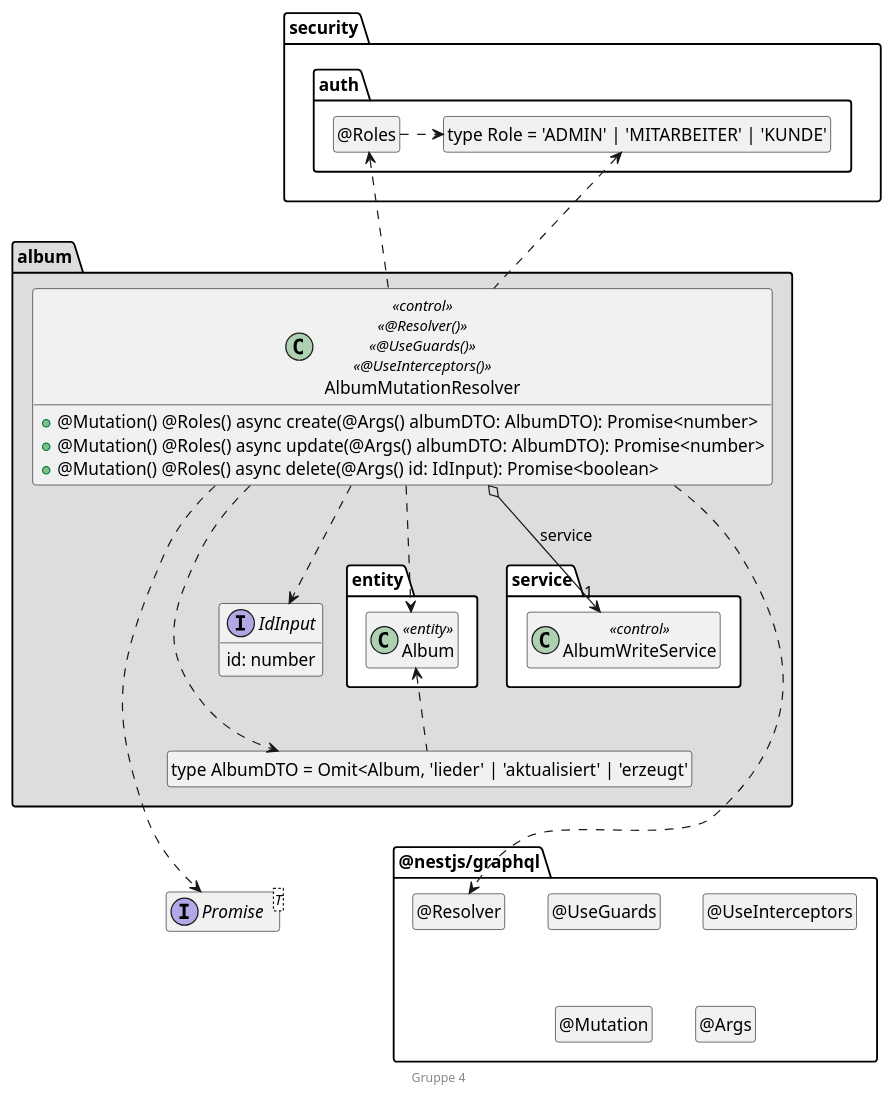
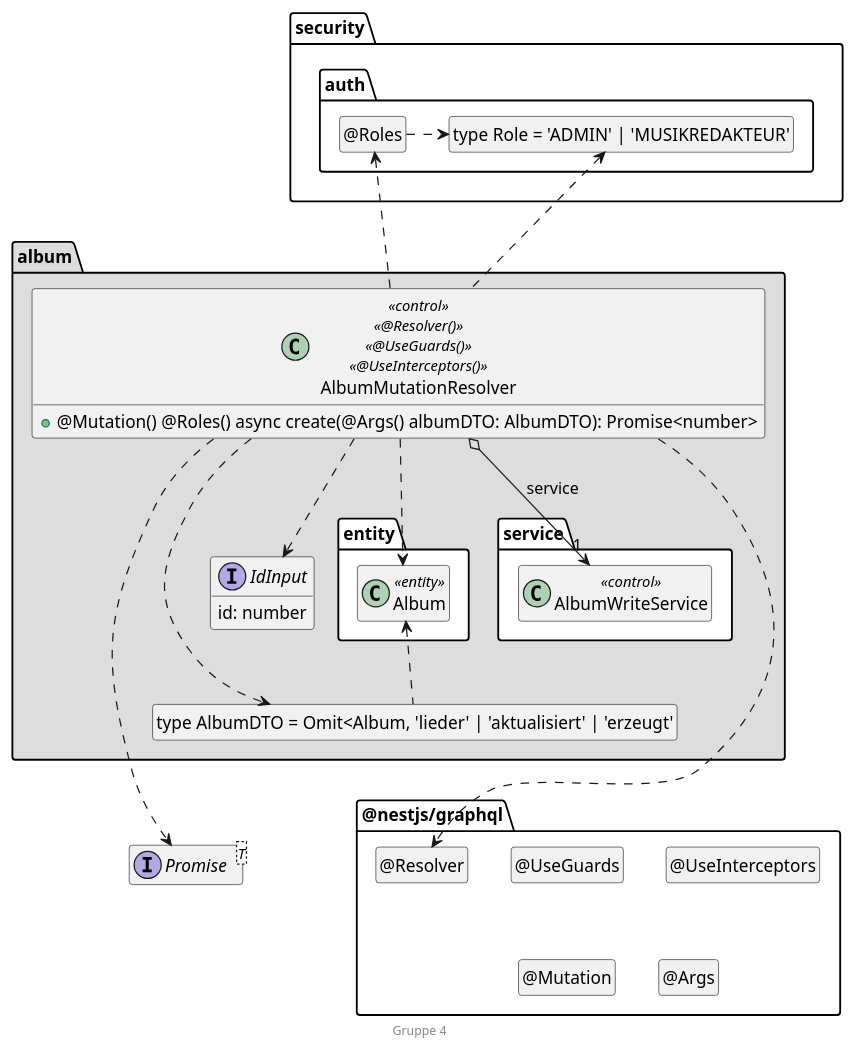
Before and after one commit to universalmensch/swe_album: the diagram in .extras/doc/projekthandbuch/AlbumMutationResolver.plantuml, drawn with PlantUML. The commit also changed 5 other files, not shown here.

Commit message:
Rollen und Klassendiagramme aktualisiert

```diff
--- a/.extras/doc/projekthandbuch/AlbumMutationResolver.plantuml
+++ b/.extras/doc/projekthandbuch/AlbumMutationResolver.plantuml
@@ -3,74 +3,72 @@
 @startuml Controller-Klasse
 
 interface Promise<T>
 
 package @nestjs/graphql {
   class "@Resolver" as Resolver
   hide Resolver circle
 
   class "@UseGuards" as UseGuards
   hide UseGuards circle
 
   class "@UseInterceptors" as UseInterceptors
   hide UseInterceptors circle
 
   class "@Mutation" as Mutation
   hide Mutation circle
 
   class "@Args" as Args
   hide Args circle
 }
 
 package security.auth {
-  class "type Role = 'ADMIN' | 'MITARBEITER' | 'KUNDE'" as Role
+  class "type Role = 'ADMIN' | 'MUSIKREDAKTEUR'" as Role
   hide Role circle
 
   class "@Roles" as Roles
   hide Roles circle
 
   Roles .right.> Role
 }
 
 package album #DDDDDD {
   package entity #FFFFFF {
     class Album <<entity>>
   }
 
   package service #FFFFFF {
     class AlbumWriteService << control >>
   }
 
   class "type AlbumDTO = Omit<Album, 'lieder' | 'aktualisiert' | 'erzeugt'" as AlbumDTO
   hide AlbumDTO circle
 
     interface IdInput {
         id: number
     }
 
   class AlbumMutationResolver << control >> << @Resolver() >> << @UseGuards() >> << @UseInterceptors() >> {
     + @Mutation() @Roles() async create(@Args() albumDTO: AlbumDTO): Promise<number>
-    + @Mutation() @Roles() async update(@Args() albumDTO: AlbumDTO): Promise<number>
-    + @Mutation() @Roles() async delete(@Args() id: IdInput): Promise<boolean>
   }
 
   AlbumMutationResolver o-down-> "1" AlbumWriteService : service
 
   AlbumMutationResolver ..> Album
   AlbumMutationResolver ..> AlbumDTO
   AlbumMutationResolver ..> IdInput
   AlbumDTO .up.> Album
   AlbumMutationResolver ..> Promise
   AlbumMutationResolver ..> Resolver
 
   AlbumMutationResolver .up.> Roles
   AlbumMutationResolver .up.> Role
 
   AlbumDTO .[hidden].> Promise
   AlbumDTO .[hidden].> Resolver
 }
 
 hide empty members
 
 footer Gruppe 4
 
 @enduml
```
